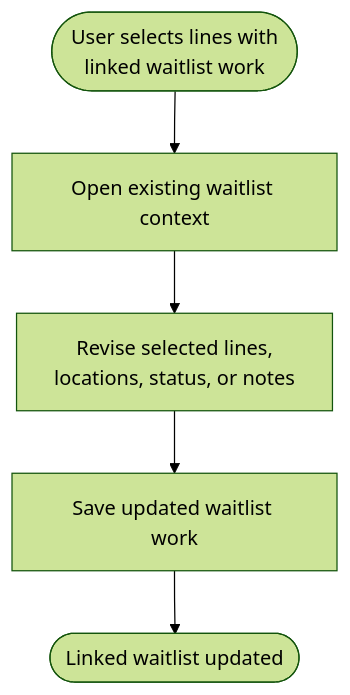
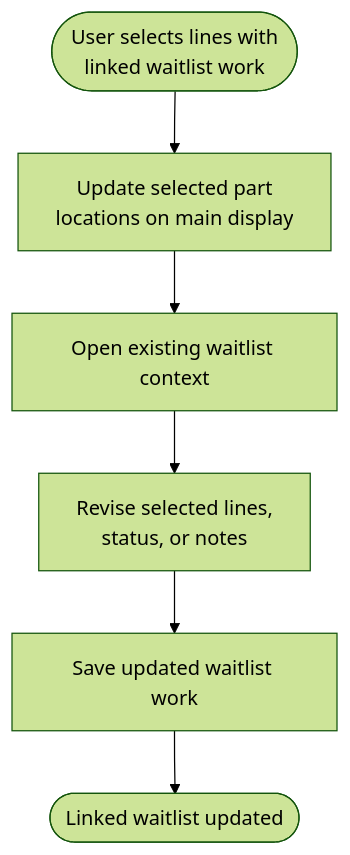
The fourth of 8 diagrams in specs/001-customer-pull-pack/spec.md (JDKoll1982/MTM_Receiving_Application), drawn with Mermaid (forest theme) before and after one commit. The commit also changed other lines of this file and 291 other files, not shown here.

````diff
--- a/specs/001-customer-pull-pack/spec.md
+++ b/specs/001-customer-pull-pack/spec.md
@@ -281,7 +351,8 @@
 ```mermaid
 flowchart TD
-	Start([User selects lines with<br/>linked waitlist work]) --> OpenEditor[Open existing waitlist context]
-	OpenEditor --> ReviseSelection[Revise selected lines,<br/>locations, status, or notes]
-	ReviseSelection --> SaveUpdate[Save updated waitlist work]
-	SaveUpdate --> UpdateEnd([Linked waitlist updated])
+	W2_2_Start([User selects lines with<br/>linked waitlist work]) --> W2_2_SelectLocations[Update selected part<br/>locations on main display]
+	W2_2_SelectLocations --> W2_2_OpenEditor[Open existing waitlist context]
+	W2_2_OpenEditor --> W2_2_ReviseSelection[Revise selected lines,<br/>status, or notes]
+	W2_2_ReviseSelection --> W2_2_SaveUpdate[Save updated waitlist work]
+	W2_2_SaveUpdate --> W2_2_UpdateEnd([Linked waitlist updated])
 ```
````
